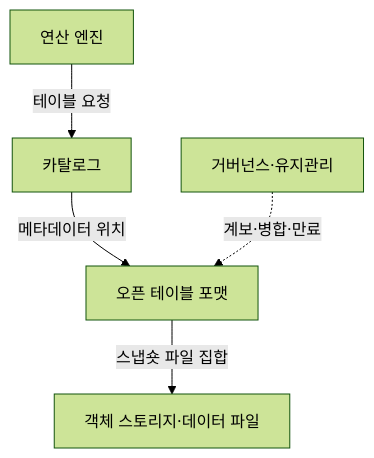
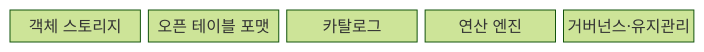
The first of 2 diagrams in src/content/docs/notes/03-software/126_data_lakehouse.md (agnusdei1207/knowledge-base), drawn with Mermaid (forest theme) before and after one commit. The commit also changed other lines of this file and 20 other files, not shown here.

````diff
--- a/src/content/docs/notes/03-software/126_data_lakehouse.md
+++ b/src/content/docs/notes/03-software/126_data_lakehouse.md
@@ -63,7 +59,9 @@
 ```mermaid
-flowchart TB
-    E[연산 엔진] -->|테이블 요청| C[카탈로그]
-    C -->|메타데이터 위치| T[오픈 테이블 포맷]
-    T -->|스냅숏 파일 집합| O[객체 스토리지·데이터 파일]
-    G[거버넌스·유지관리] -.->|계보·병합·만료| T
+block
+  columns 5
+  O["객체 스토리지"]
+  T["오픈 테이블 포맷"]
+  C["카탈로그"]
+  E["연산 엔진"]
+  G["거버넌스·유지관리"]
 ```
````
